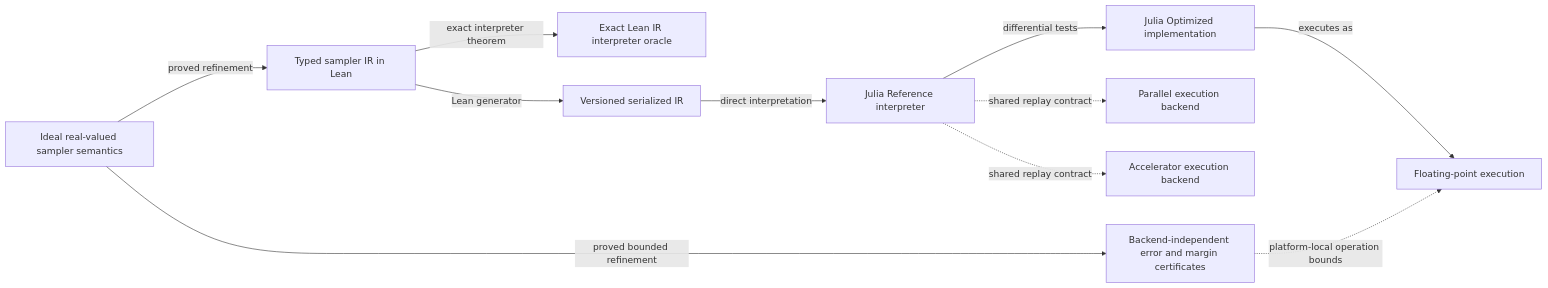
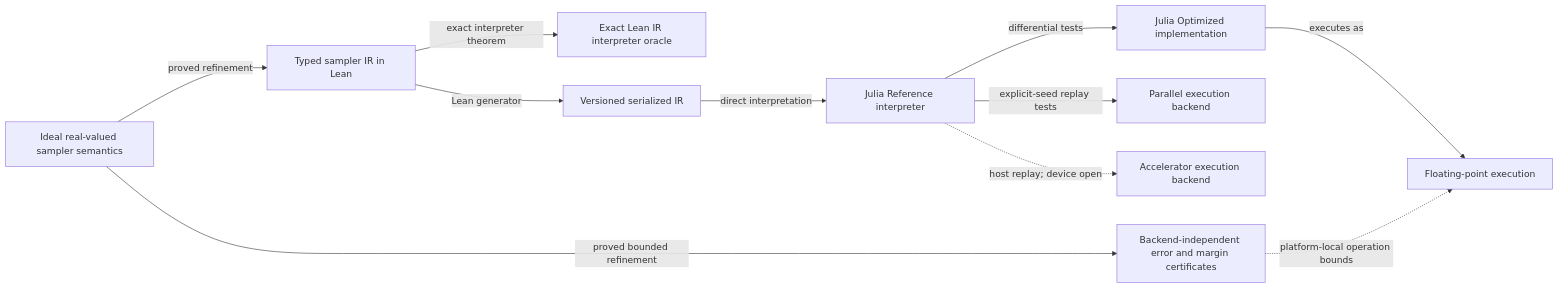
One commit to xukai92/mcmc-lean changed the second of 2 diagrams in docs/generated/architecture-graphs.md. Above: the diagram before and after it, drawn with Mermaid. The commit also changed other lines of this file and 39 other files, not shown here.

````diff
--- a/docs/generated/architecture-graphs.md
+++ b/docs/generated/architecture-graphs.md
@@ -69,23 +69,23 @@
 ```mermaid
 flowchart LR
   ideal["Ideal real-valued sampler semantics"]
   typed["Typed sampler IR in Lean"]
   oracle["Exact Lean IR interpreter oracle"]
   serialized["Versioned serialized IR"]
   reference["Julia Reference interpreter"]
   optimized["Julia Optimized implementation"]
   parallel["Parallel execution backend"]
   accelerator["Accelerator execution backend"]
   bounds["Backend-independent error and margin certificates"]
   float["Floating-point execution"]
   ideal -->|proved refinement| typed
   typed -->|exact interpreter theorem| oracle
   typed -->|Lean generator| serialized
   serialized -->|direct interpretation| reference
   reference -->|differential tests| optimized
-  reference -.->|shared replay contract| parallel
-  reference -.->|shared replay contract| accelerator
+  reference -->|explicit-seed replay tests| parallel
+  reference -.->|host replay; device open| accelerator
   ideal -->|proved bounded refinement| bounds
   bounds -.->|platform-local operation bounds| float
   optimized -->|executes as| float
 ```
````
